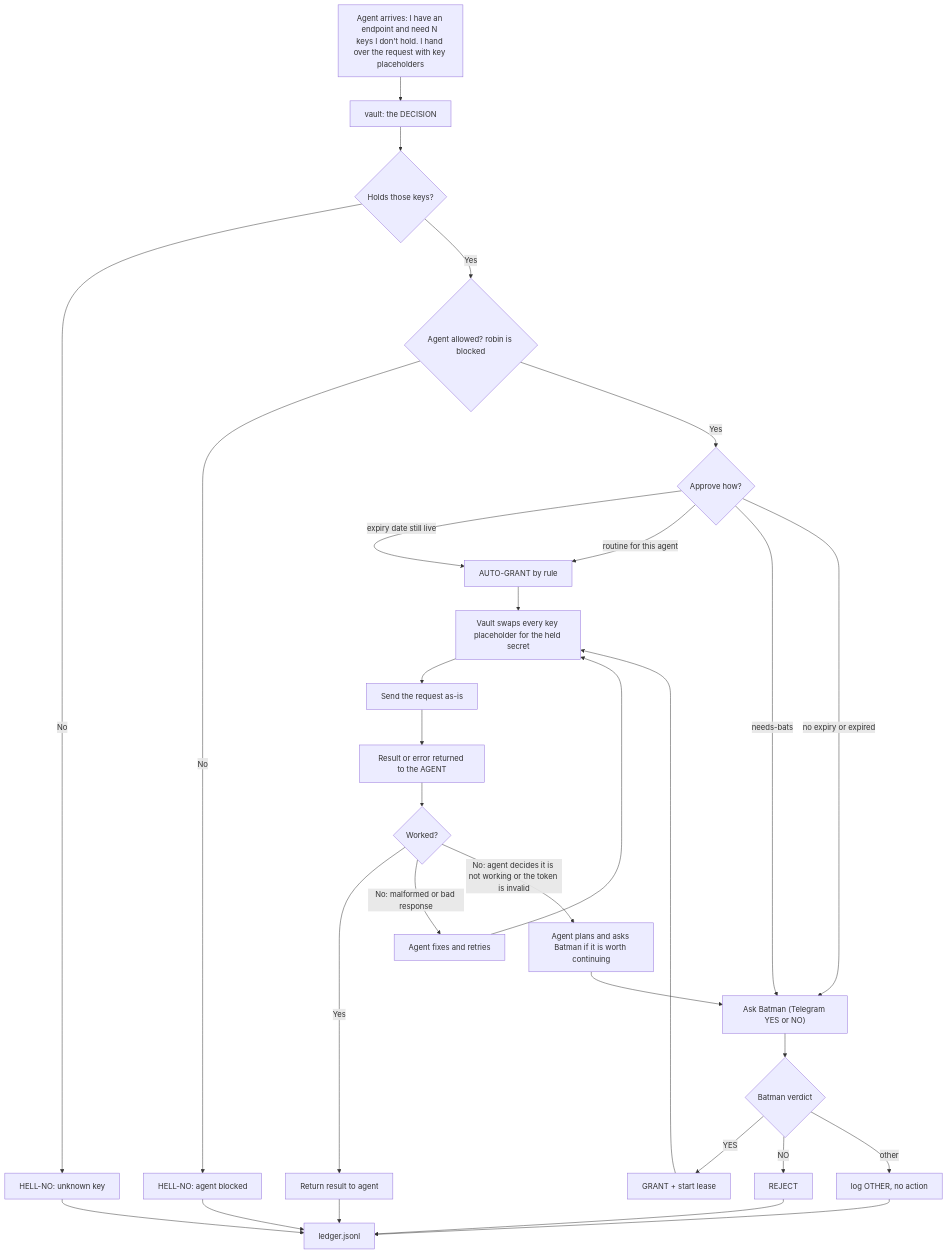
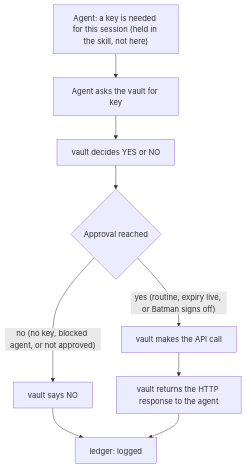
The diagram in FLOW.md (GuyTheBlue/private-api-vault), drawn with Mermaid before and after one commit. The commit also changed other lines of this file, not shown here.

Commit message:
FLOW.md: strip to the real map — agent asks vault, vault says yes/no, on yes makes call and returns HTTP response, ledger logs

````diff
--- a/FLOW.md
+++ b/FLOW.md
@@ -9,39 +8,13 @@
 ```mermaid
 flowchart TD
-    AG["Agent arrives: I have an endpoint and need N keys I don't hold. I hand over the request with key placeholders"]
+    A["Agent: a key is needed for this session (held in the skill, not here)"]
+    A --> B["Agent asks the vault for key"]
 
-    AG --> V["vault: the DECISION"]
-    V --> C{"Holds those keys?"}
-    C -- "No" --> D["HELL-NO: unknown key"]
-    C -- "Yes" --> E{"Agent allowed? robin is blocked"}
-    E -- "No" --> F["HELL-NO: agent blocked"]
-    E -- "Yes" --> S{"Approve how?"}
-
-    S -- "expiry date still live" --> K["AUTO-GRANT by rule"]
-    S -- "routine for this agent" --> K["AUTO-GRANT by rule"]
-    S -- "needs-bats" --> I["Ask Batman (Telegram YES or NO)"]
-    S -- "no expiry or expired" --> I
-
-    I --> N{"Batman verdict"}
-    N -- "YES" --> L["GRANT + start lease"]
-    N -- "NO" --> P["REJECT"]
-    N -- "other" --> Q["log OTHER, no action"]
-
-    K --> SUB["Vault swaps every key placeholder for the held secret"]
-    L --> SUB
-
-    SUB --> SEND["Send the request as-is"]
-    SEND --> RES["Result or error returned to the AGENT"]
-    RES --> R{"Worked?"}
-    R -- "Yes" --> DONE["Return result to agent"]
-    R -- "No: malformed or bad response" --> FIX["Agent fixes and retries"]
-    FIX --> SUB
-    R -- "No: agent decides it is not working or the token is invalid" --> PLAN["Agent plans and asks Batman if it is worth continuing"]
-    PLAN --> I
-
-    D --> Z["ledger.jsonl"]
-    F --> Z
-    P --> Z
-    Q --> Z
-    DONE --> Z
+    B --> C["vault decides YES or NO"]
+    C --> D{"Approval reached"}
+    D -- "no (no key, blocked agent, or not approved)" --> E["vault says NO"]
+    D -- "yes (routine, expiry live, or Batman signs off)" --> F["vault makes the API call"]
+    F --> G["vault returns the HTTP response to the agent"]
+    E --> H["ledger: logged"]
+    G --> H["ledger: logged"]
 ```
````
